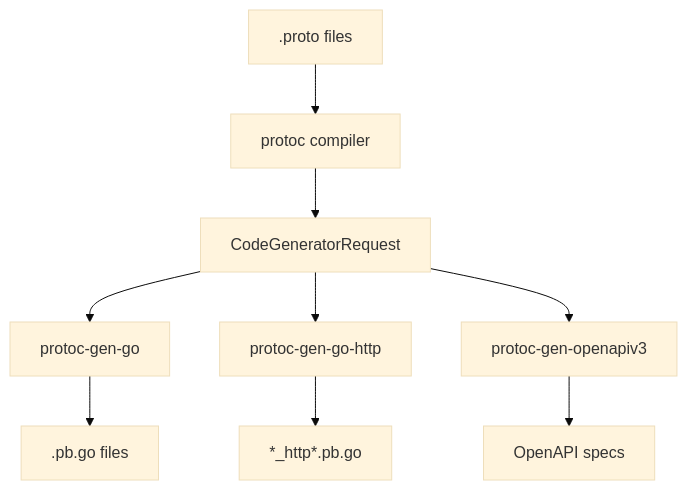
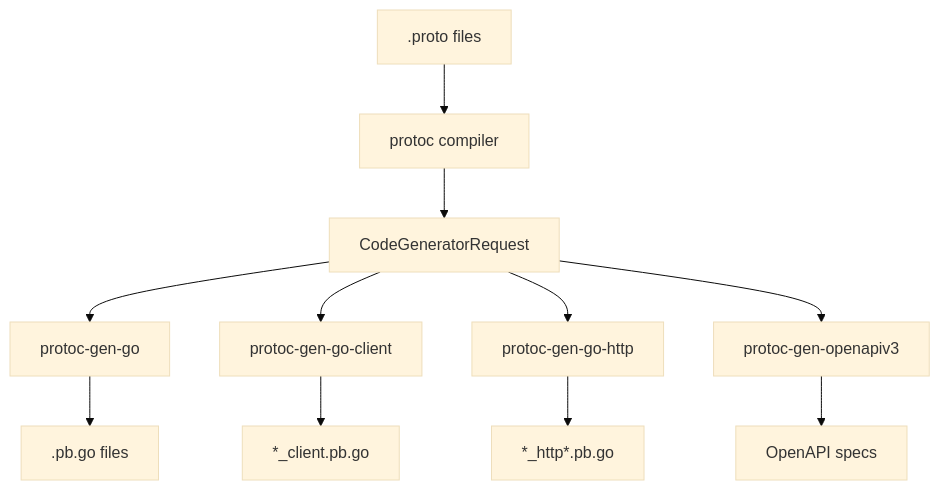
Before and after one commit to SebastienMelki/sebuf: the diagram in docs/architecture.md, drawn with Mermaid (base theme). The commit also changed other lines of this file and 5 other files, not shown here.

````diff
--- a/docs/architecture.md
+++ b/docs/architecture.md
@@ -82,12 +81,14 @@
 ```mermaid
 graph TD
     A[.proto files] --> B[protoc compiler]
     B --> C[CodeGeneratorRequest]
     C --> D[protoc-gen-go]
+    C --> E[protoc-gen-go-client]
     C --> F[protoc-gen-go-http]
     C --> G[protoc-gen-openapiv3]
-    
+
     D --> H[.pb.go files]
+    E --> I[*_client.pb.go]
     F --> J[*_http*.pb.go]
     G --> K[OpenAPI specs]
 ```
````
